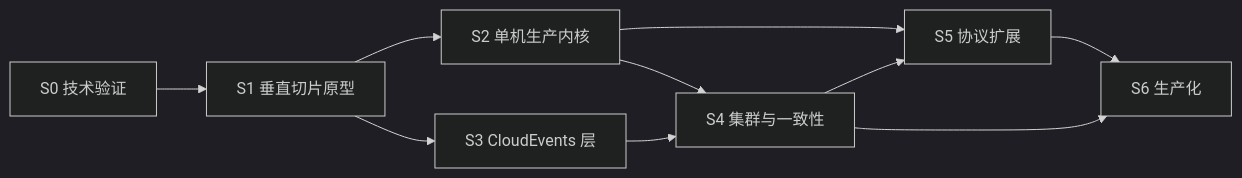
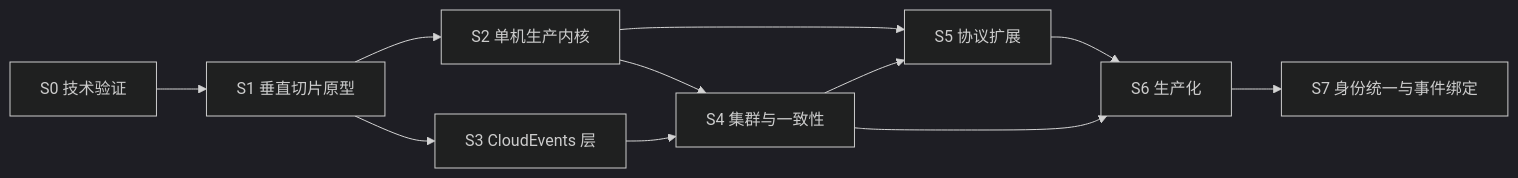
The diagram in docs/roadmap.md (wanliofficial/unified-mq), drawn with Mermaid (dark theme) before and after one commit. The commit also changed other lines of this file and 37 other files, not shown here.

````diff
--- a/docs/roadmap.md
+++ b/docs/roadmap.md
@@ -21,12 +21,13 @@
 ```mermaid
 flowchart LR
     S0[S0 技术验证] --> S1[S1 垂直切片原型]
     S1 --> S2[S2 单机生产内核]
     S1 --> S3[S3 CloudEvents 层]
     S2 --> S4[S4 集群与一致性]
     S3 --> S4
     S2 --> S5[S5 协议扩展]
     S4 --> S5
     S5 --> S6[S6 生产化]
     S4 --> S6
+    S6 --> S7[S7 身份统一与事件绑定]
 ```
````
